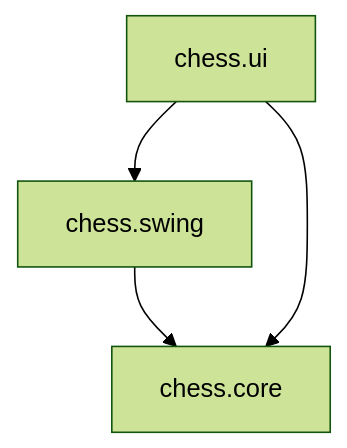
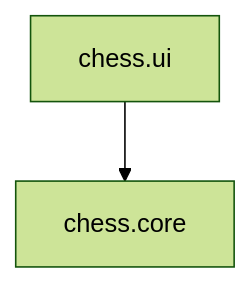
Before and after one commit to KundV/schach: the diagram in docs/Projektstruktur/readme.md, drawn with Mermaid. The commit also changed other lines of this file and 8 other files, not shown here.

````diff
--- a/docs/Projektstruktur/readme.md
+++ b/docs/Projektstruktur/readme.md
@@ -23,7 +22,5 @@
 ```mermaid
 %%{init: { 'theme': 'forest' } }%%
 graph TD
-    chess.swing --> chess.core
-    chess.ui --> chess.swing
-    chess.ui --> chess.core 
+    chess.ui --> chess.core
 ```
````
